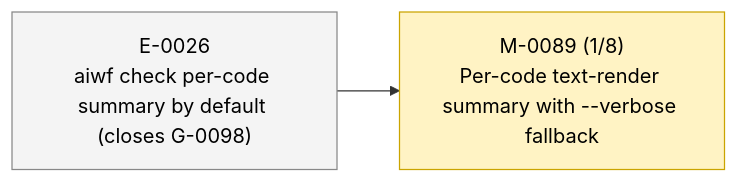
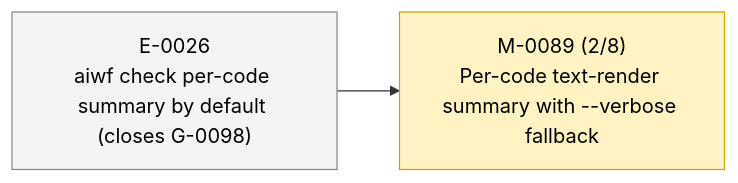
One commit to 23min/aiwf changed the second of 2 diagrams in STATUS.md. Above: the diagram before and after it, drawn with Mermaid. The commit also changed other lines of this file and 1 other file, not shown here.

````diff
--- a/STATUS.md
+++ b/STATUS.md
@@ -51,12 +51,12 @@
 ```mermaid
 flowchart LR
   E_0026["E-0026<br/>aiwf check per-code summary by default (closes G-0098)"]:::epic_proposed
-  M_0089["M-0089 (1/8)<br/>Per-code text-render summary with --verbose fallback"]:::ms_in_progress
+  M_0089["M-0089 (2/8)<br/>Per-code text-render summary with --verbose fallback"]:::ms_in_progress
   E_0026 --> M_0089
   classDef epic_active fill:#d6eaff,stroke:#1a73e8,color:#000
   classDef epic_proposed fill:#f4f4f4,stroke:#888,color:#000
   classDef ms_done fill:#d8f5d8,stroke:#2a8a2a,color:#000
   classDef ms_in_progress fill:#fff3c4,stroke:#caa400,color:#000
   classDef ms_draft fill:#f4f4f4,stroke:#888,color:#000
   classDef ms_cancelled fill:#fbeaea,stroke:#c33,color:#000
 ```
````
